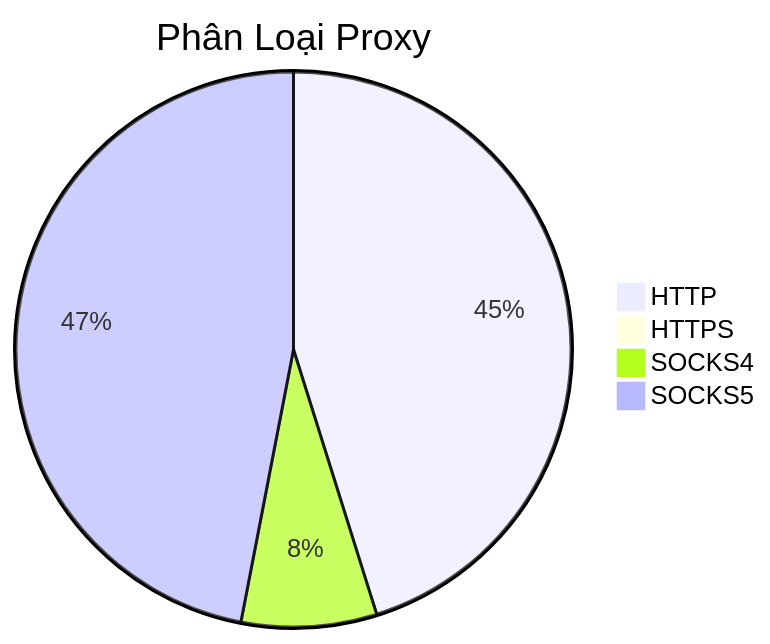
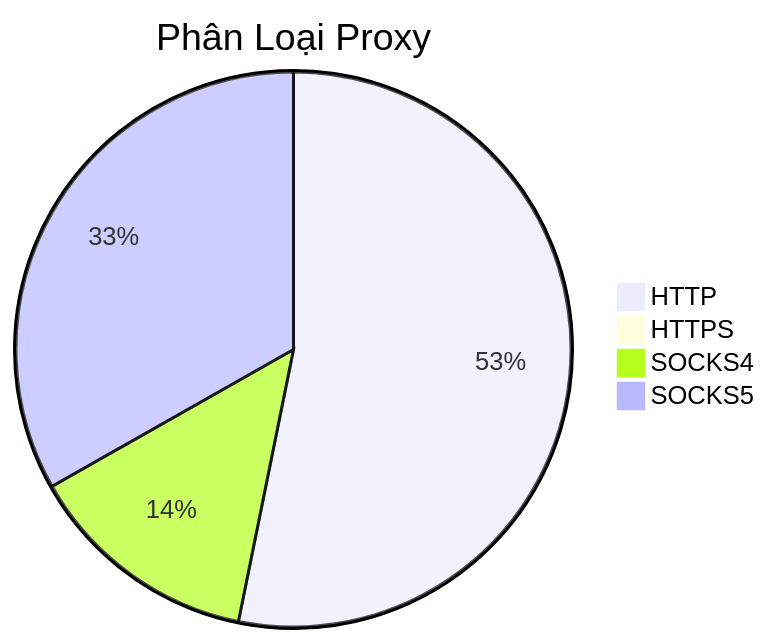
Before and after one commit to Ciara-Aa/PROXY-free: the diagram in README.md, drawn with Mermaid. The commit also changed other lines of this file and 4 other files, not shown here.

````diff
--- a/README.md
+++ b/README.md
@@ -26,7 +26,7 @@
 ```mermaid
 pie title Phân Loại Proxy
-    "HTTP" : 424
-    "HTTPS" : 3
-    "SOCKS4" : 74
-    "SOCKS5" : 441
+    "HTTP" : 418
+    "HTTPS" : 4
+    "SOCKS4" : 107
+    "SOCKS5" : 261
 ```
````
